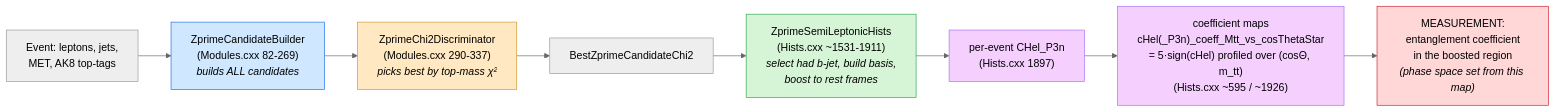
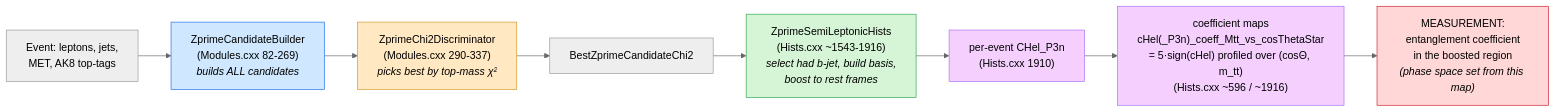
The first of 4 diagrams in docs/ZprimeCandidateBuilder_CHelP3n_optimization.md (ricEsco/ZprimeSemiLeptonic), drawn with Mermaid (neutral theme) before and after one commit. The commit also changed other lines of this file, not shown here.

First line of the commit message:
Update CHel_P3n definition and histogram references

````diff
--- a/docs/ZprimeCandidateBuilder_CHelP3n_optimization.md
+++ b/docs/ZprimeCandidateBuilder_CHelP3n_optimization.md
@@ -23,16 +23,16 @@
 ```mermaid
 flowchart LR
     A["Event: leptons, jets,<br/>MET, AK8 top-tags"] --> B["ZprimeCandidateBuilder<br/>(Modules.cxx 82-269)<br/><i>builds ALL candidates</i>"]
     B --> C["ZprimeChi2Discriminator<br/>(Modules.cxx 290-337)<br/><i>picks best by top-mass &chi;&sup2;</i>"]
     C --> D["BestZprimeCandidateChi2"]
-    D --> E["ZprimeSemiLeptonicHists<br/>(Hists.cxx ~1531-1911)<br/><i>select had b-jet, build basis,<br/>boost to rest frames</i>"]
-    E --> F["per-event CHel_P3n<br/>(Hists.cxx 1897)"]
-    F --> G["coefficient maps<br/>cHel(_P3n)_coeff_Mtt_vs_cosThetaStar<br/>= 5&middot;sign(cHel) profiled over (cos&Theta;, m_tt)<br/>(Hists.cxx ~595 / ~1926)"]
+    D --> E["ZprimeSemiLeptonicHists<br/>(Hists.cxx ~1543-1916)<br/><i>select had b-jet, build basis,<br/>boost to rest frames</i>"]
+    E --> F["per-event CHel_P3n<br/>(Hists.cxx 1910)"]
+    F --> G["coefficient maps<br/>cHel(_P3n)_coeff_Mtt_vs_cosThetaStar<br/>= 5&middot;sign(cHel) profiled over (cos&Theta;, m_tt)<br/>(Hists.cxx ~596 / ~1916)"]
     G --> H["MEASUREMENT:<br/>entanglement coefficient<br/>in the boosted region<br/><i>(phase space set from this map)</i>"]
     style B fill:#cfe8ff,stroke:#1f6feb
     style C fill:#ffe8c2,stroke:#d29922
     style E fill:#d6f5d6,stroke:#2da44e
     style F fill:#f5d0fe,stroke:#a371f7
     style G fill:#f5d0fe,stroke:#a371f7
     style H fill:#ffd7d7,stroke:#cf222e
 ```
````
